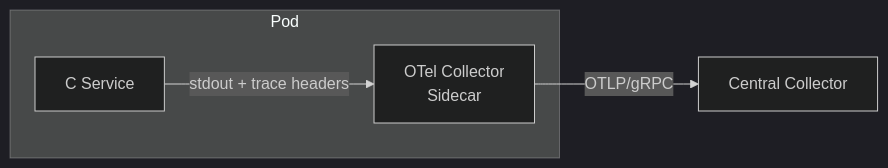
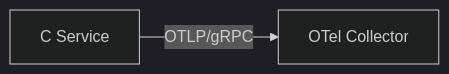
Diagram 12 of 20 in ARCHITECTURE.md (tordynnar/architecture_ideas), drawn with Mermaid (dark theme) before and after one commit. The commit also changed other lines of this file, not shown here.

First line of the commit message:
Replace Kubernetes with Docker Compose deployment architecture

````diff
--- a/ARCHITECTURE.md
+++ b/ARCHITECTURE.md
@@ -563,10 +551,4 @@
 ```mermaid
 flowchart LR
-    subgraph "Pod"
-        C_SVC[C Service]
-        OTEL_AGENT[OTel Collector<br/>Sidecar]
-    end
-
-    C_SVC -->|stdout + trace headers| OTEL_AGENT
-    OTEL_AGENT -->|OTLP/gRPC| CENTRAL[Central Collector]
+    C_SVC[C Service] -->|OTLP/gRPC| OTEL[OTel Collector]
 ```
````
